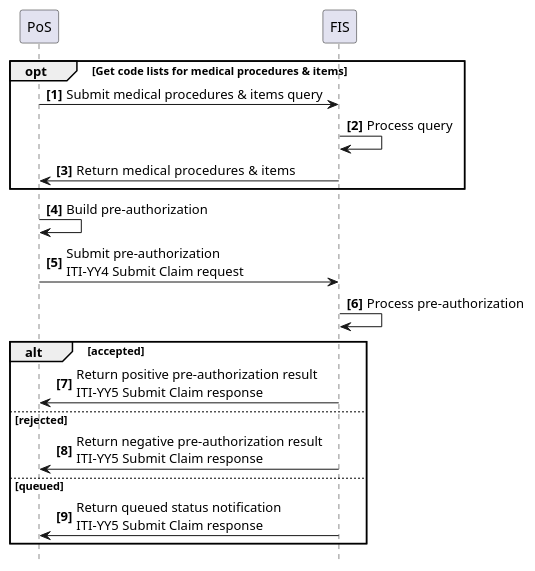
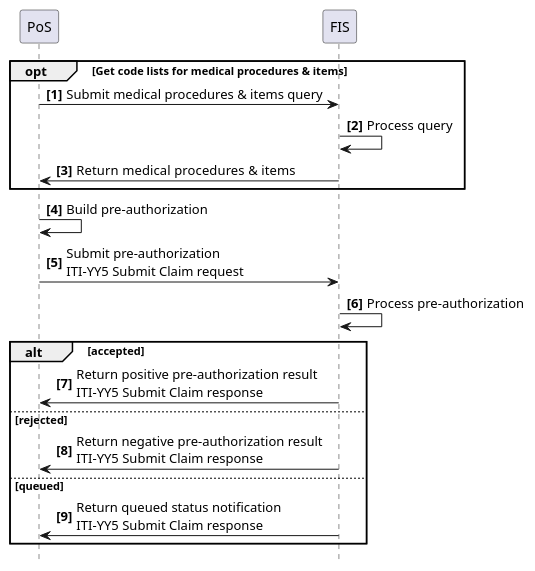
The diagram in input/images-source/usecase5-processflow.plantuml (IHE/ITI.Finance), drawn with PlantUML before and after one commit.

```diff
--- a/input/images-source/usecase5-processflow.plantuml
+++ b/input/images-source/usecase5-processflow.plantuml
@@ -1,29 +1,29 @@
 @startuml
 skinparam svgDimensionStyle false
 hide footbox
 autonumber "<b>[0]"
 
 participant PoS
 participant FIS
 
 
 opt Get code lists for medical procedures & items
 	PoS -> FIS: Submit medical procedures & items query
 	FIS -> FIS: Process query
 	FIS -> PoS: Return  medical procedures & items
 end opt
  
 
 PoS -> PoS: Build pre-authorization
-PoS -> FIS: Submit pre-authorization\nITI-YY4 Submit Claim request
+PoS -> FIS: Submit pre-authorization\nITI-YY5 Submit Claim request
 FIS -> FIS: Process pre-authorization
 
 alt accepted
 	FIS -> PoS: Return positive pre-authorization result\nITI-YY5 Submit Claim response
 else rejected
 	FIS -> PoS: Return negative pre-authorization result\nITI-YY5 Submit Claim response
 else queued
 	FIS -> PoS: Return queued status notification\nITI-YY5 Submit Claim response
 end
 
 @enduml
```
